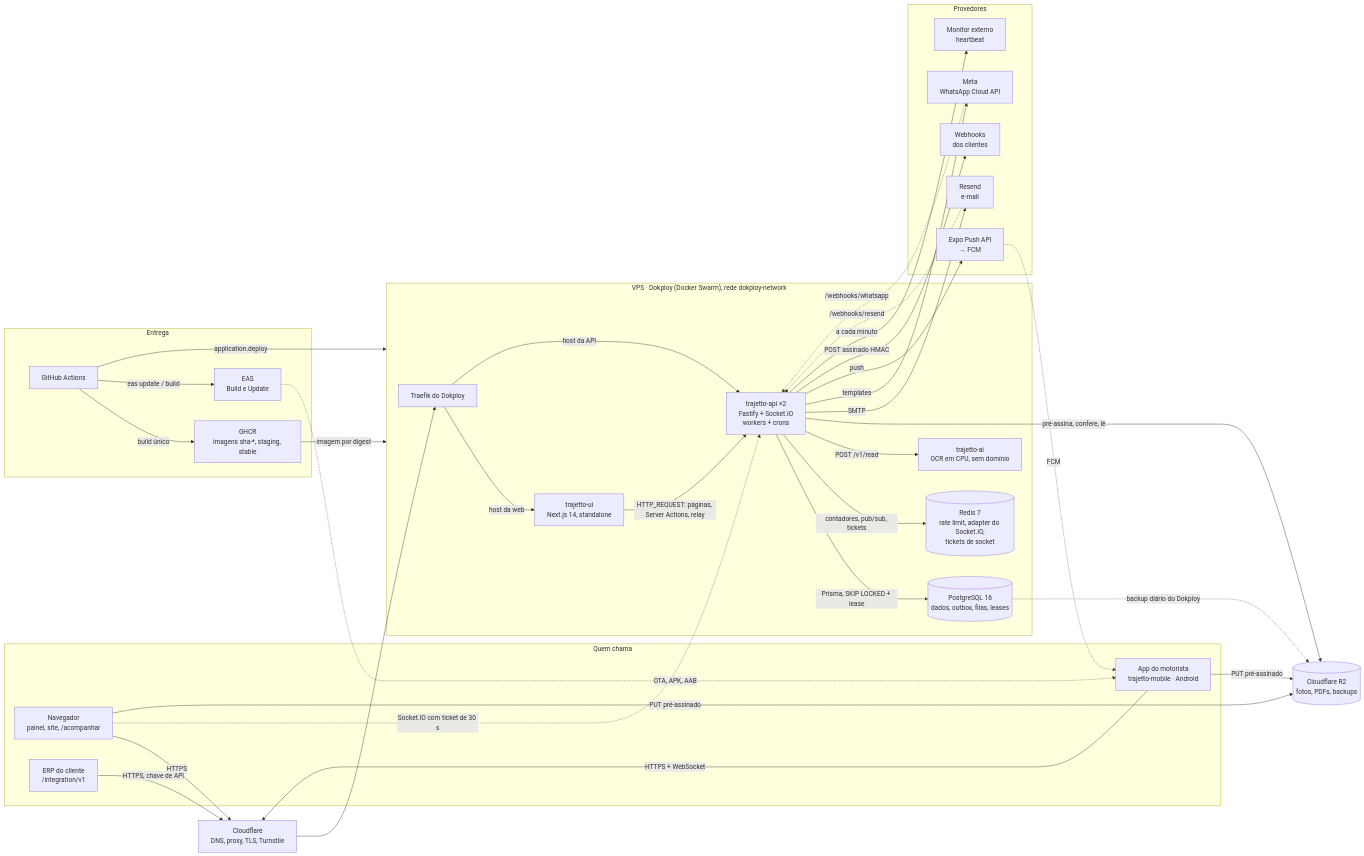
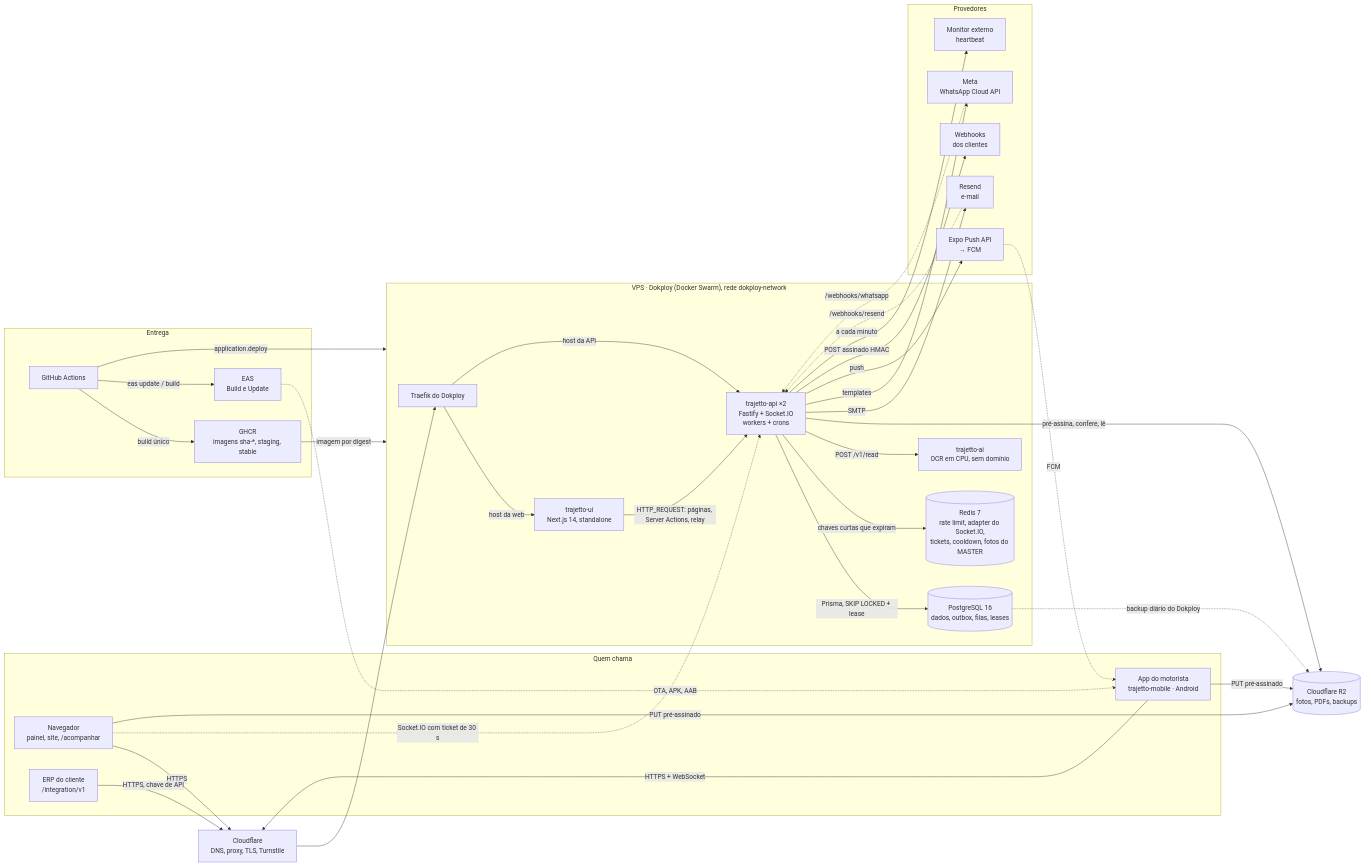
One commit to Trajetto-Organization/trajetto-api changed the first of 6 diagrams in docs/arquitetura.md. Above: the diagram before and after it, drawn with Mermaid. The commit also changed other lines of this file and 111 other files, not shown here.

```diff
--- a/docs/arquitetura.md
+++ b/docs/arquitetura.md
@@ -89,7 +96,7 @@
     api["trajetto-api ×2<br/>Fastify + Socket.IO<br/>workers + crons"]
     ai["trajetto-ai<br/>OCR em CPU, sem domínio"]
     pg[("PostgreSQL 16<br/>dados, outbox, filas, leases")]
-    rd[("Redis 7<br/>rate limit, adapter do Socket.IO,<br/>tickets de socket")]
+    rd[("Redis 7<br/>rate limit, adapter do Socket.IO,<br/>tickets, cooldown, fotos do MASTER")]
   end
 
   r2[("Cloudflare R2<br/>fotos, PDFs, backups")]
@@ -119,7 +126,7 @@
   nav -->|"PUT pré-assinado"| r2
   app -->|"PUT pré-assinado"| r2
   api -->|"Prisma, SKIP LOCKED + lease"| pg
-  api -->|"contadores, pub/sub, tickets"| rd
+  api -->|"chaves curtas que expiram"| rd
   api -->|"POST /v1/read"| ai
   api -->|"pré-assina, confere, lê"| r2
   api -->|"SMTP"| resend
```
